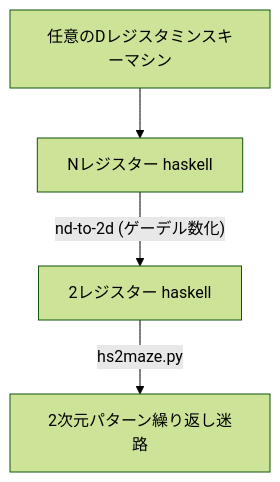
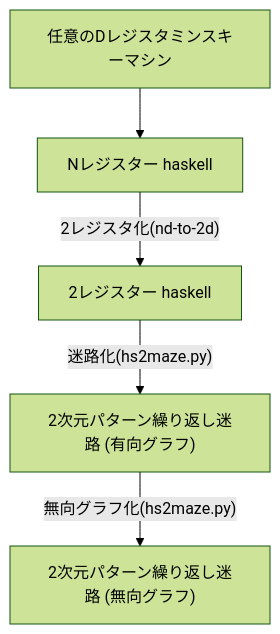
Before and after one commit to koteitan/repeated-maze: the diagram in article/main.md, drawn with Mermaid (forest theme). The commit also changed other lines of this file and 3 other files, not shown here.

First line of the commit message:
article/main.md: add schematics, formalization, instruction table

````diff
--- a/article/main.md
+++ b/article/main.md
@@ -73,6 +83,7 @@
 ```mermaid
 flowchart TD
     A["任意のDレジスタミンスキーマシン"] --> B["Nレジスター haskell"]
-    B -->|"nd-to-2d (ゲーデル数化)"| C["2レジスター haskell"]
-    C -->|"hs2maze.py"| D["2次元パターン繰り返し迷路"]
+    B -->|"2レジスタ化(nd-to-2d)"| C["2レジスター haskell"]
+    C -->|"迷路化(hs2maze.py)"| D["2次元パターン繰り返し迷路 (有向グラフ)"]
+    D -->|"無向グラフ化(hs2maze.py)"| E["2次元パターン繰り返し迷路 (無向グラフ)"]
 ```
````
